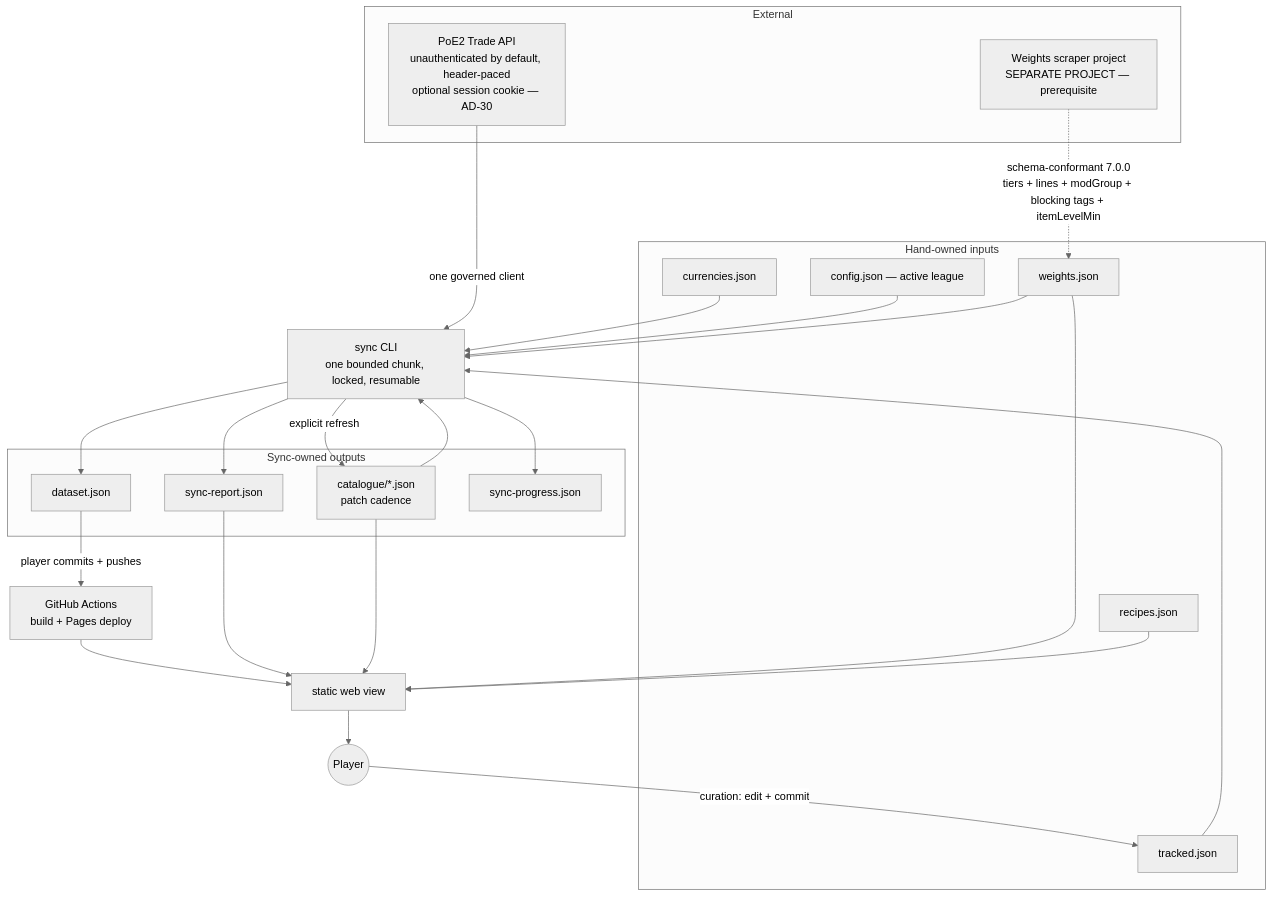
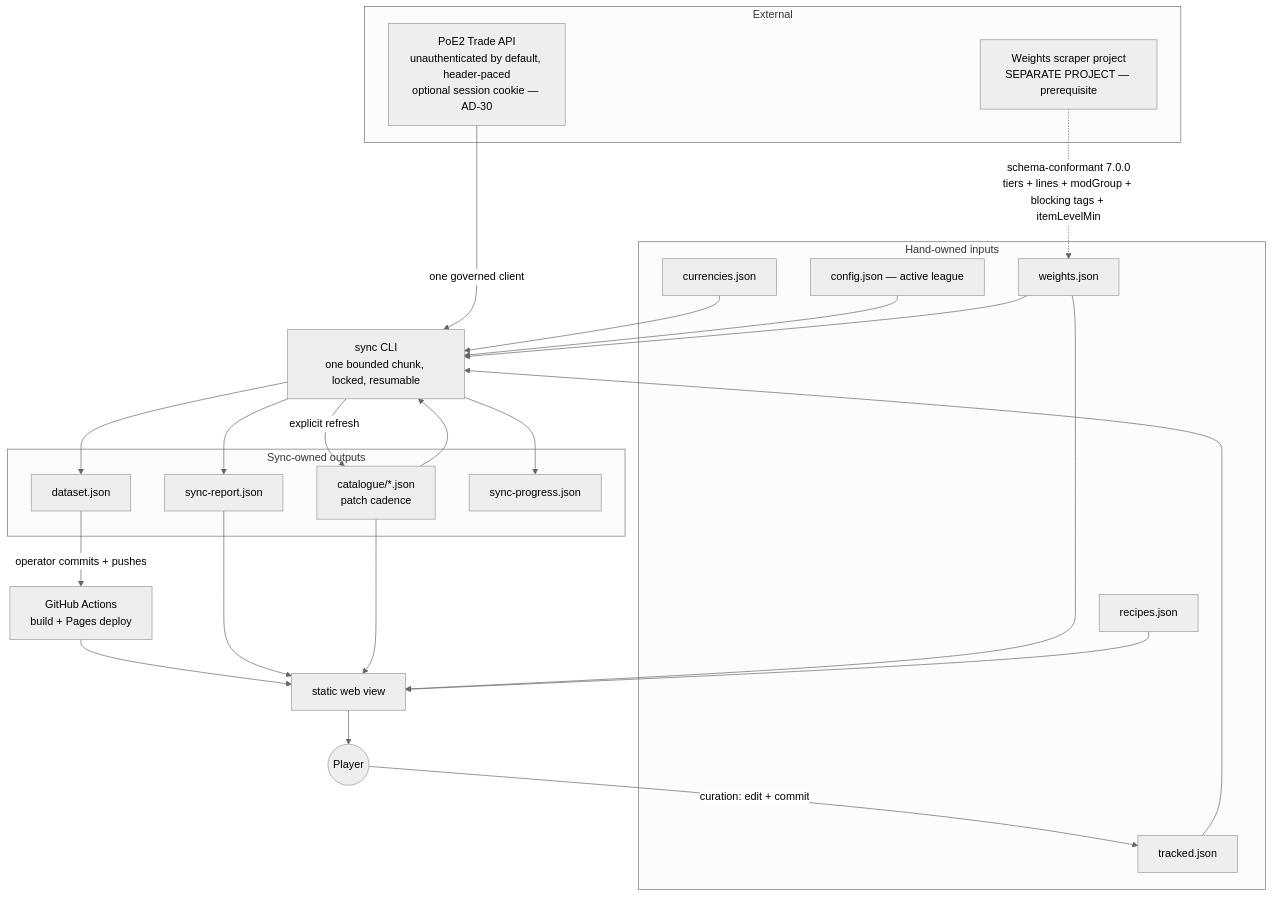
One commit to Dragsaw/poe-crafting-base-price-checker changed the second of 3 diagrams in docs/architecture/architecture-poe-crafting-base-price-checker-2026-09-12/ARCHITECTURE-SPINE.md. Above: the diagram before and after it, drawn with Mermaid (neutral theme). The commit also changed other lines of this file and 2 other files, not shown here.

First line of the commit message:
docs(architecture): spine rev 43, raw base wording and operator publishing

````diff
--- a/docs/architecture/architecture-poe-crafting-base-price-checker-2026-09-12/ARCHITECTURE-SPINE.md
+++ b/docs/architecture/architecture-poe-crafting-base-price-checker-2026-09-12/ARCHITECTURE-SPINE.md
@@ -1736,47 +1736,47 @@
 ```mermaid
 graph TB
   subgraph external[External]
     trade[PoE2 Trade API<br/>unauthenticated by default, header-paced<br/>optional session cookie — AD-30]
     producer[Weights scraper project<br/>SEPARATE PROJECT — prerequisite]
   end
 
   subgraph inputs[Hand-owned inputs]
     tracked[tracked.json]
     currencies[currencies.json]
     recipes[recipes.json]
     config[config.json — active league]
     weights[weights.json]
   end
 
   subgraph outputs[Sync-owned outputs]
     catalogue[catalogue/*.json<br/>patch cadence]
     dataset[dataset.json]
     report[sync-report.json]
     progress[sync-progress.json]
   end
 
   sync[sync CLI<br/>one bounded chunk, locked, resumable]
   pages[GitHub Actions<br/>build + Pages deploy]
   web[static web view]
   player((Player))
 
   trade -->|one governed client| sync
   tracked --> sync
   currencies --> sync
   config --> sync
   catalogue --> sync
   weights --> sync
   sync -->|explicit refresh| catalogue
   sync --> dataset
   sync --> report
   sync --> progress
   producer -.->|schema-conformant 7.0.0<br/>tiers + lines + modGroup + blocking tags + itemLevelMin| weights
-  dataset -->|player commits + pushes| pages
+  dataset -->|operator commits + pushes| pages
   pages --> web
   weights --> web
   recipes --> web
   report --> web
   catalogue --> web
   web --> player
   player -->|curation: edit + commit| tracked
 ```
````
